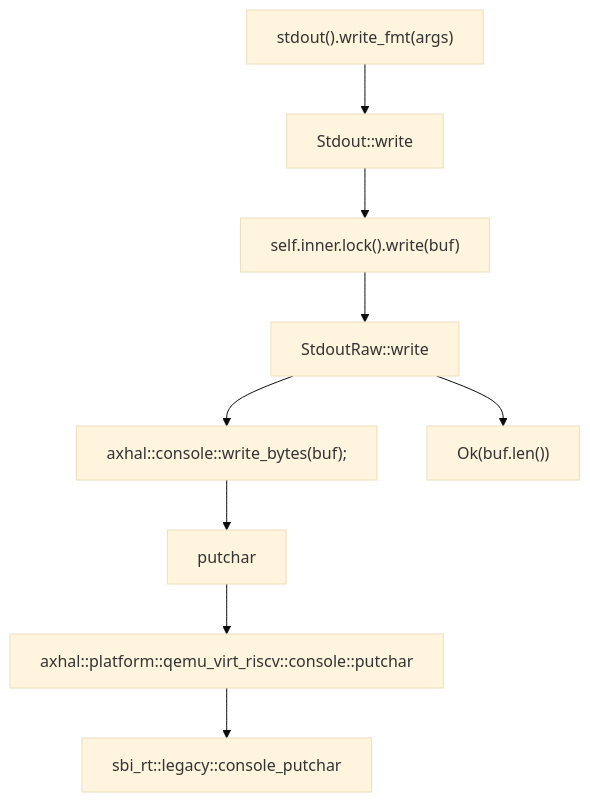
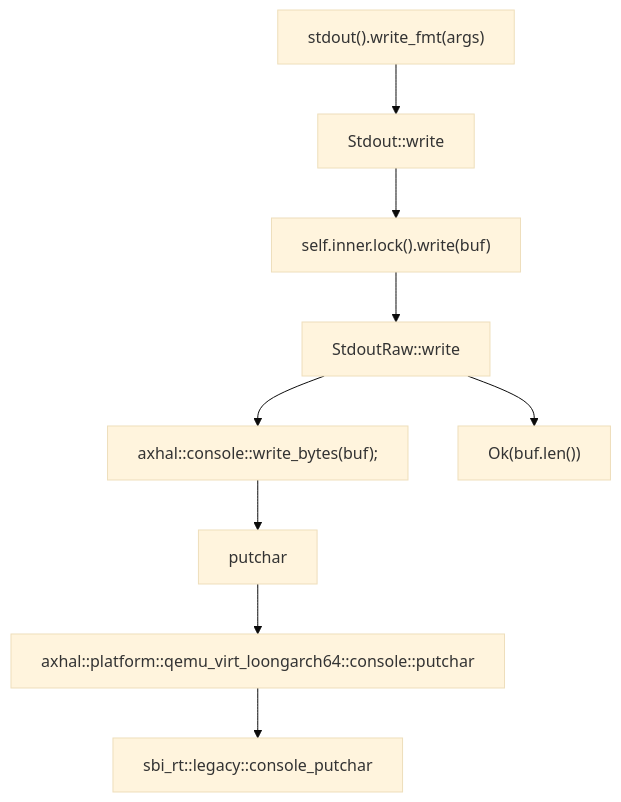
One commit to aoooos/AcreosloongArch changed the sixth of 9 diagrams in README.md. Above: the diagram before and after it, drawn with Mermaid (base theme). The commit also changed other lines of this file and 8 other files, not shown here.

````diff
--- a/README.md
+++ b/README.md
@@ -480,11 +449,11 @@
 ```mermaid
 graph TD;
     T["stdout().write_fmt(args)"] --> A["Stdout::write"];
     A --> B["self.inner.lock().write(buf)"];
     B --> C["StdoutRaw::write"];
     C --> D["axhal::console::write_bytes(buf);"];
     C --> E["Ok(buf.len())"];
     D --> F["putchar"];
-    F --> G["axhal::platform::qemu_virt_riscv::console::putchar"];
+    F --> G["axhal::platform::qemu_virt_loongarch64::console::putchar"];
     G --> H["sbi_rt::legacy::console_putchar"];
 ```
````
